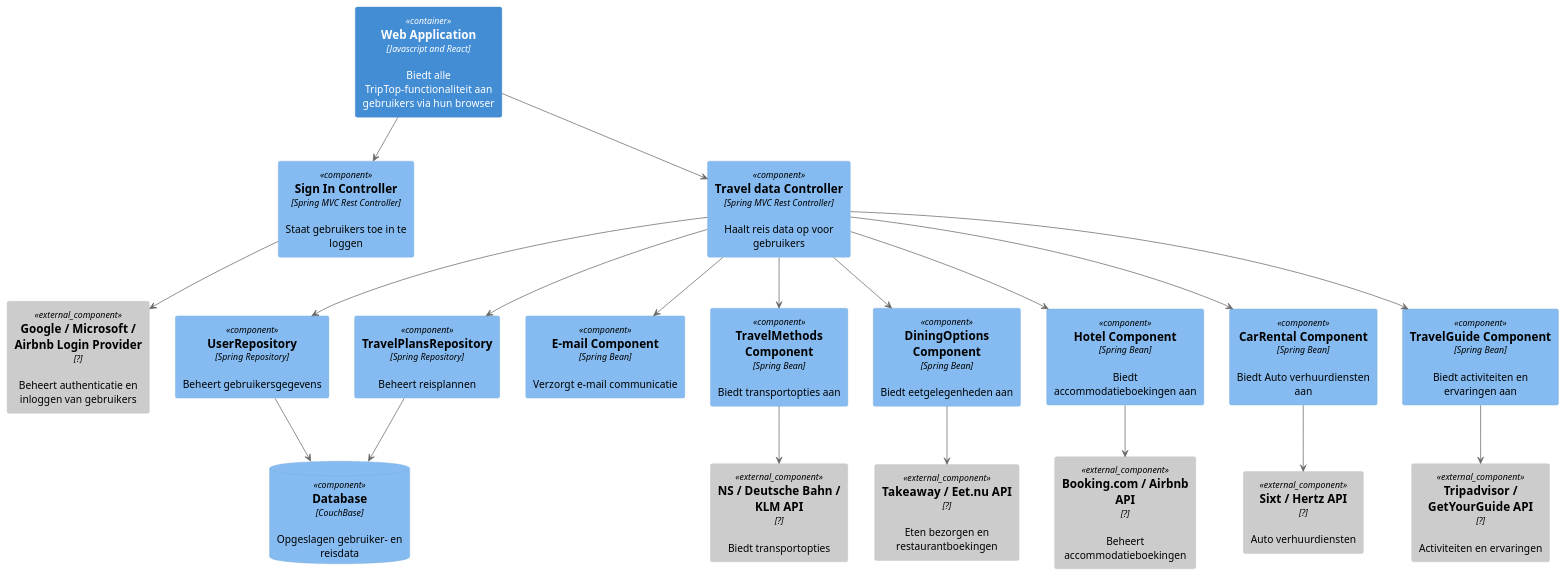
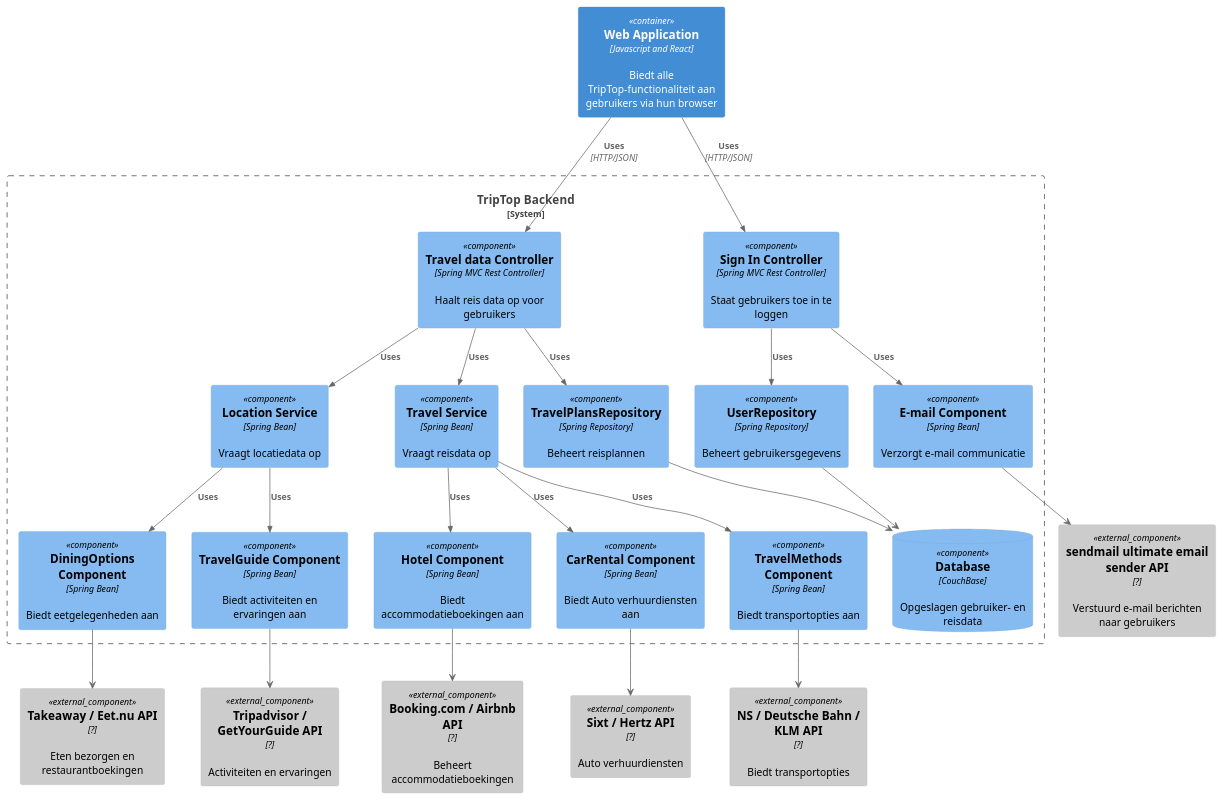
The diagram in opdracht-diagrammen/C4 Component/Component Diagram Jordy.puml (AIM-ENE-feb25/triptop-groep-3), drawn with PlantUML before and after one commit.

Commit message:
Component Diagram Update

```diff
--- a/opdracht-diagrammen/C4 Component/Component Diagram Jordy.puml
+++ b/opdracht-diagrammen/C4 Component/Component Diagram Jordy.puml
@@ -1,44 +1,55 @@
 @startuml
 !include https://raw.githubusercontent.com/plantuml-stdlib/C4-PlantUML/master/C4_Component.puml
 
-Container(WebApp, Web Application, Javascript and React, Biedt alle TripTop-functionaliteit aan gebruikers via hun browser)
+top to bottom direction
+
+System_Boundary(TripTop, "TripTop Backend", $link="https://github.com/plantuml-stdlib/C4-PlantUML") {
 Component(SignIn, Sign In Controller, Spring MVC Rest Controller, Staat gebruikers toe in te loggen)
 Component(TravelData, Travel data Controller, Spring MVC Rest Controller, Haalt reis data op voor gebruikers)
+Component(TravelService, Travel Service, Spring Bean, Vraagt reisdata op)
+Component(LocationService, Location Service, Spring Bean, Vraagt locatiedata op)
 Component(UserRepo, UserRepository, Spring Repository, Beheert gebruikersgegevens)
 Component(PlansRepo, TravelPlansRepository, Spring Repository, Beheert reisplannen)
 ComponentDb(DB, Database, CouchBase, Opgeslagen gebruiker- en reisdata)
 Component(Email, E-mail Component, Spring Bean, Verzorgt e-mail communicatie)
 Component(TravelMethods, TravelMethods Component, Spring Bean, Biedt transportopties aan)
 Component(DiningOptions, DiningOptions Component, Spring Bean, Biedt eetgelegenheden aan)
 Component(Hotel, Hotel Component, Spring Bean, Biedt accommodatieboekingen aan)
 Component(CarRental, CarRental Component, Spring Bean, Biedt Auto verhuurdiensten aan)
 Component(TravelGuide, TravelGuide Component, Spring Bean, Biedt activiteiten en ervaringen aan)
+}
 
+Container(WebApp, Web Application, Javascript and React, Biedt alle TripTop-functionaliteit aan gebruikers via hun browser)
 Component_Ext(BookingAPI, "Booking.com / Airbnb API", ? ,"Beheert accommodatieboekingen")
 Component_Ext(TransportAPI, "NS / Deutsche Bahn / KLM API", ? ,"Biedt transportopties")
 Component_Ext(RentalAPI, Sixt / Hertz API, ? ,"Auto verhuurdiensten")
 Component_Ext(GuideAPI, Tripadvisor / GetYourGuide API, ? ,"Activiteiten en ervaringen")
 Component_Ext(DiningAPI, Takeaway / Eet.nu API, ? ,"Eten bezorgen en restaurantboekingen")
-Component_Ext(LoginProvider, "Google / Microsoft / Airbnb Login Provider", ?, "Beheert authenticatie en inloggen van gebruikers")
+'Component_Ext(LoginProvider, "Google / Microsoft / Airbnb Login Provider", ?, "Beheert authenticatie en inloggen van gebruikers")
+Component_Ext(EmailProvider, "sendmail ultimate email sender API", ?, "Verstuurd e-mail berichten naar gebruikers")
 
-WebApp --> SignIn
-WebApp --> TravelData
-TravelData --> UserRepo
-TravelData --> PlansRepo
-TravelData --> Email
-TravelData --> TravelMethods
-TravelData --> DiningOptions
-TravelData --> Hotel
-TravelData --> CarRental
-TravelData --> TravelGuide
+Rel(WebApp, SignIn, Uses, HTTP/JSON)
+Rel(WebApp, TravelData, Uses, HTTP/JSON)
+Rel(SignIn, Email, Uses)
+Rel(SignIn, UserRepo, Uses)
+Rel(TravelData, TravelService, Uses)
+Rel(TravelData, LocationService, Uses)
+Rel(TravelData, PlansRepo, Uses)
+Rel(TravelService, Hotel, Uses)
+Rel(TravelService, CarRental, Uses)
+Rel(LocationService, TravelGuide, Uses)
+Rel(TravelService, TravelMethods, Uses)
+Rel(LocationService, DiningOptions, Uses)
+
 
 UserRepo --> DB
 PlansRepo --> DB
 
 TravelMethods --> TransportAPI
 CarRental --> RentalAPI
 DiningOptions --> DiningAPI
 Hotel --> BookingAPI
 TravelGuide --> GuideAPI
-SignIn --> LoginProvider
+'SignIn --> LoginProvider
+Email --> EmailProvider
 @enduml
```
